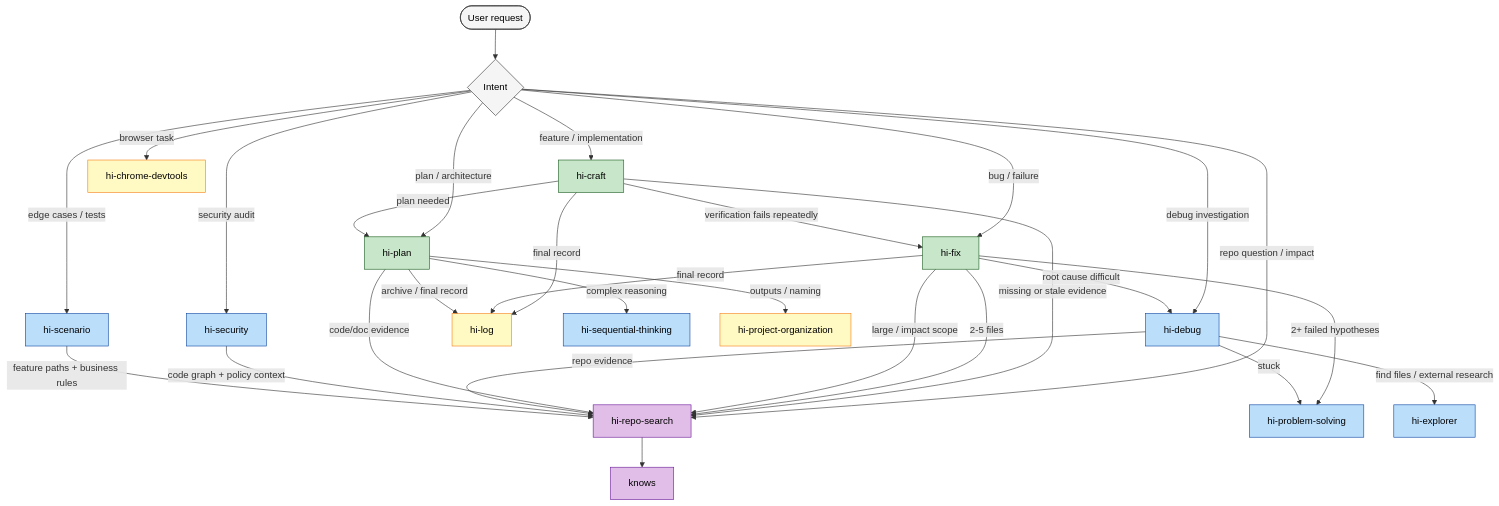
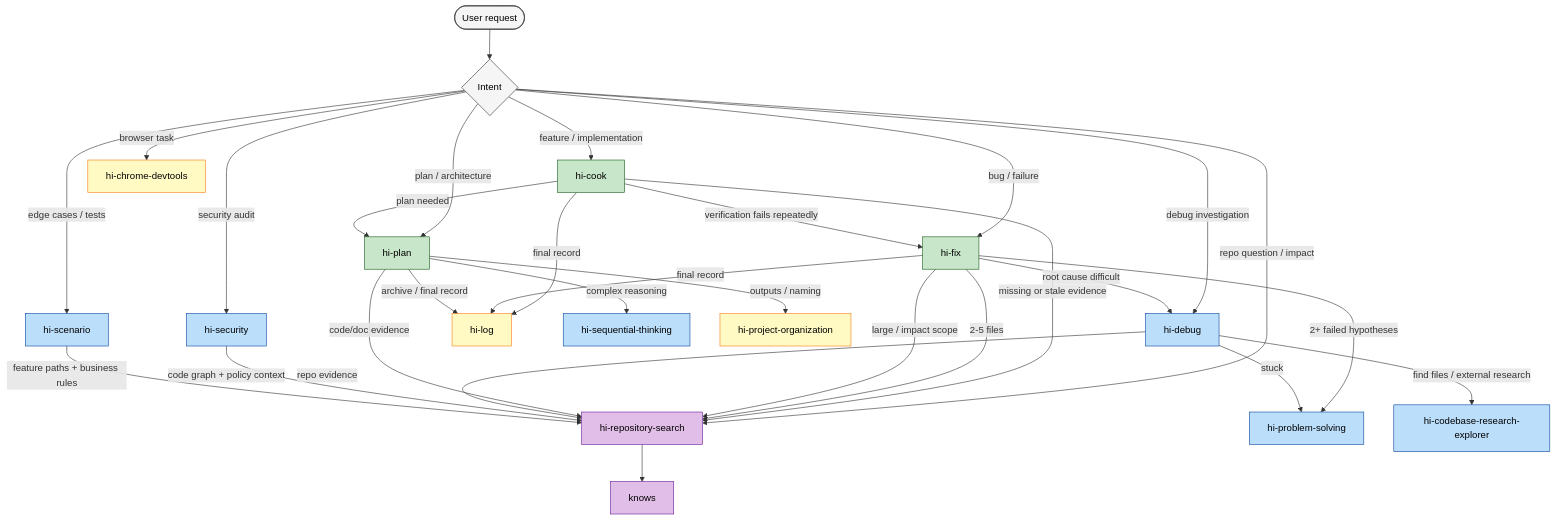
The fifth of 5 diagrams in README.md (baka3k/dev-kit), drawn with Mermaid before and after one commit. The commit also changed other lines of this file and 27 other files, not shown here.

First line of the commit message:
Add internal explorer and task management documentation; introduce hi-craft and hi-repository-search skills

````diff
--- a/README.md
+++ b/README.md
@@ -434,49 +434,49 @@
 ```mermaid
 graph TD
     User(["User request"]) --> Detect{"Intent"}
 
-    Detect -->|feature / implementation| Craft["hi-craft"]
+    Detect -->|feature / implementation| Cook["hi-cook"]
     Detect -->|bug / failure| Fix["hi-fix"]
     Detect -->|plan / architecture| Plan["hi-plan"]
-    Detect -->|repo question / impact| RepoSearch["hi-repo-search"]
+    Detect -->|repo question / impact| RepoSearch["hi-repository-search"]
     Detect -->|debug investigation| Debug["hi-debug"]
     Detect -->|security audit| Security["hi-security"]
     Detect -->|edge cases / tests| Scenario["hi-scenario"]
     Detect -->|browser task| Chrome["hi-chrome-devtools"]
 
-    Craft -->|missing or stale evidence| RepoSearch
-    Craft -->|plan needed| Plan
-    Craft -->|verification fails repeatedly| Fix
-    Craft -->|final record| Log["hi-log"]
+    Cook -->|missing or stale evidence| RepoSearch
+    Cook -->|plan needed| Plan
+    Cook -->|verification fails repeatedly| Fix
+    Cook -->|final record| Log["hi-log"]
 
     Fix -->|2-5 files| RepoSearch
     Fix -->|large / impact scope| RepoSearch
     Fix -->|root cause difficult| Debug
     Fix -->|2+ failed hypotheses| ProblemSolving["hi-problem-solving"]
     Fix -->|final record| Log
 
     Plan -->|code/doc evidence| RepoSearch
     Plan -->|complex reasoning| Sequential["hi-sequential-thinking"]
     Plan -->|outputs / naming| Org["hi-project-organization"]
     Plan -->|archive / final record| Log
 
-    Debug -->|find files / external research| Explorer["hi-explorer"]
+    Debug -->|find files / external research| Codebase-Research-Explorer["hi-codebase-research-explorer"]
     Debug -->|repo evidence| RepoSearch
     Debug -->|stuck| ProblemSolving
 
     Security -->|code graph + policy context| RepoSearch
     Scenario -->|feature paths + business rules| RepoSearch
     RepoSearch --> Knows["knows"]
 
     classDef primary fill:#c8e6c9,stroke:#1b5e20,color:#000
     classDef evidence fill:#e1bee7,stroke:#6a1b9a,color:#000
     classDef analysis fill:#bbdefb,stroke:#0d47a1,color:#000
     classDef utility fill:#fff9c4,stroke:#f57f17,color:#000
     classDef external fill:#f5f5f5,stroke:#333,color:#000
 
-    class Craft,Fix,Plan primary
+    class Cook,Fix,Plan primary
     class RepoSearch,Knows evidence
-    class Debug,Security,Scenario,Sequential,ProblemSolving,Explorer analysis
+    class Debug,Security,Scenario,Sequential,ProblemSolving,Codebase-Research-Explorer analysis
     class Log,Org,Chrome utility
     class User,Detect external
 ```
````
